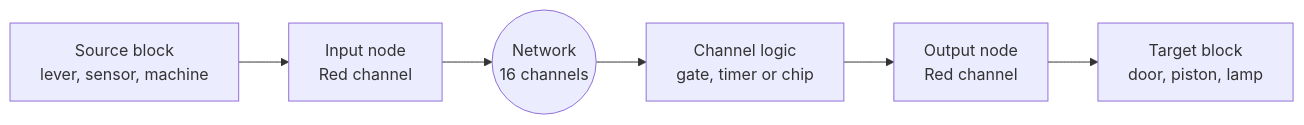
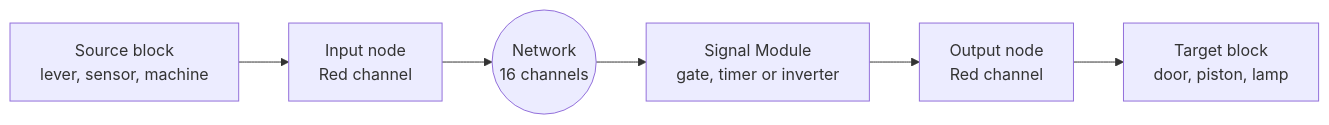
Before and after one commit to zenndg/redweave: the first of 2 diagrams in README.md, drawn with Mermaid. The commit also changed other lines of this file and 2 other files, not shown here.

Commit message:
docs: reorganiza o roadmap da v0.1.0 com as Fases 1 e 2 e os Signal Modules

````diff
--- a/README.md
+++ b/README.md
@@ -51,8 +51,8 @@
 ```mermaid
 flowchart LR
     A[Source block<br/>lever, sensor, machine] --> B[Input node<br/>Red channel]
     B --> C((Network<br/>16 channels))
-    C --> D[Channel logic<br/>gate, timer or chip]
+    C --> D[Signal Module<br/>gate, timer or inverter]
     D --> E[Output node<br/>Red channel]
     E --> F[Target block<br/>door, piston, lamp]
 ```
````
